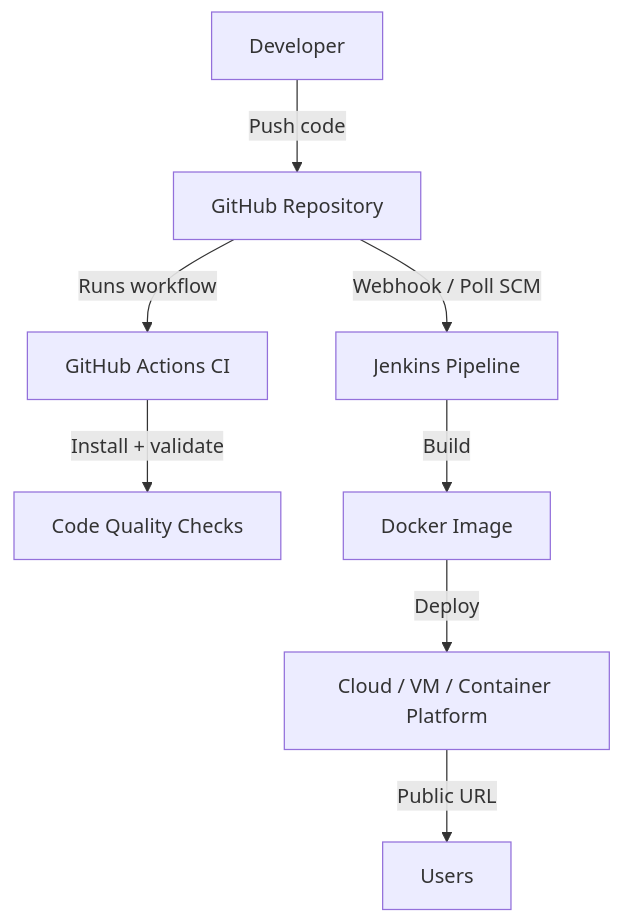
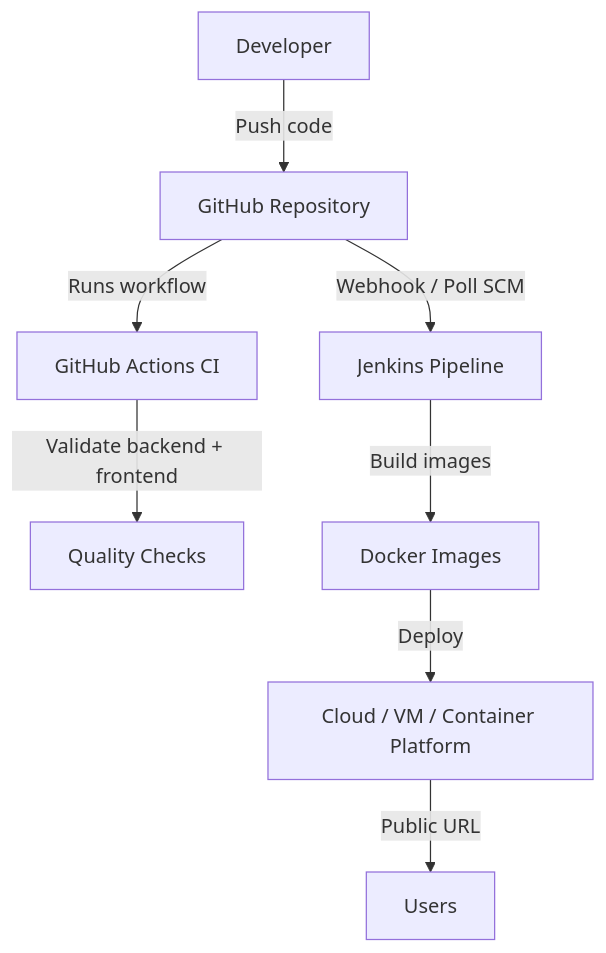
The second of 2 diagrams in README.md (PriyanshuKSharma/NexFlow_Assistant), drawn with Mermaid before and after one commit. The commit also changed other lines of this file, not shown here.

````diff
--- a/README.md
+++ b/README.md
@@ -33,10 +34,10 @@
 ```mermaid
 graph TD
     Dev[Developer] -->|Push code| GitHub[GitHub Repository]
     GitHub -->|Runs workflow| Actions[GitHub Actions CI]
     GitHub -->|Webhook / Poll SCM| Jenkins[Jenkins Pipeline]
-    Actions -->|Install + validate| Checks[Code Quality Checks]
-    Jenkins -->|Build| Docker[Docker Image]
+    Actions -->|Validate backend + frontend| Checks[Quality Checks]
+    Jenkins -->|Build images| Docker[Docker Images]
     Docker -->|Deploy| Hosting[Cloud / VM / Container Platform]
     Hosting -->|Public URL| Users[Users]
 ```
````
